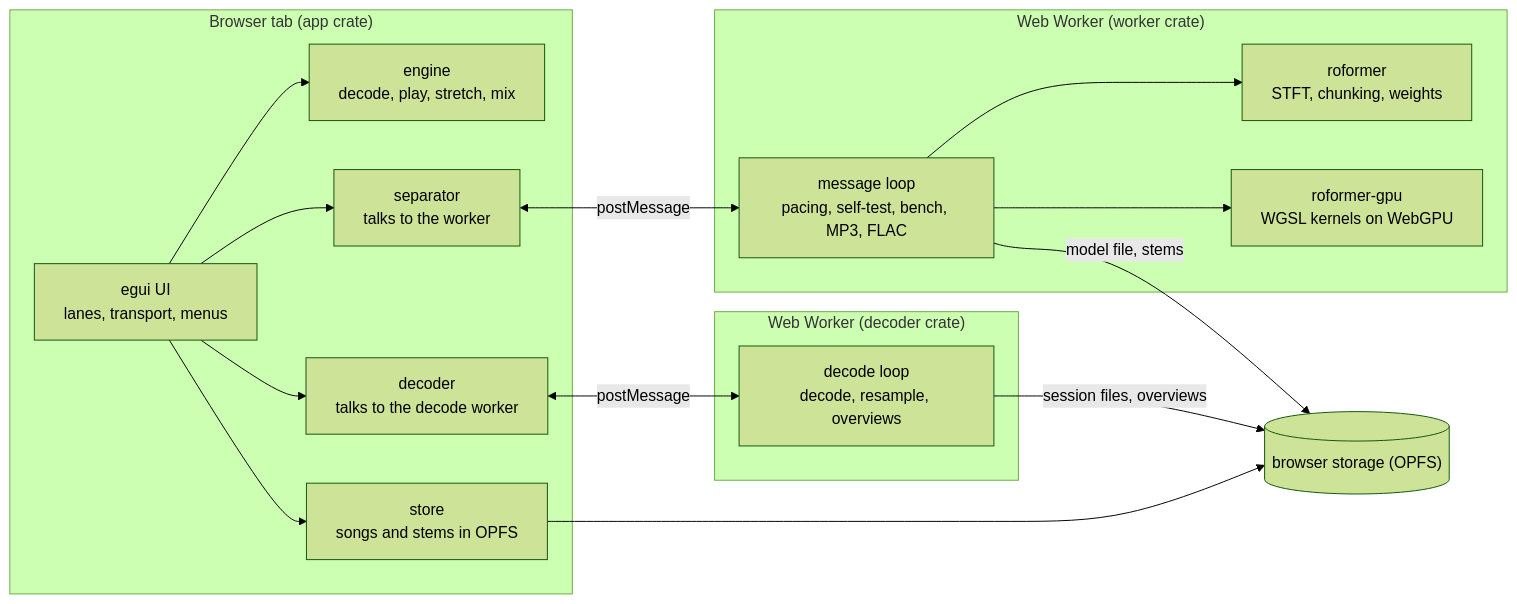
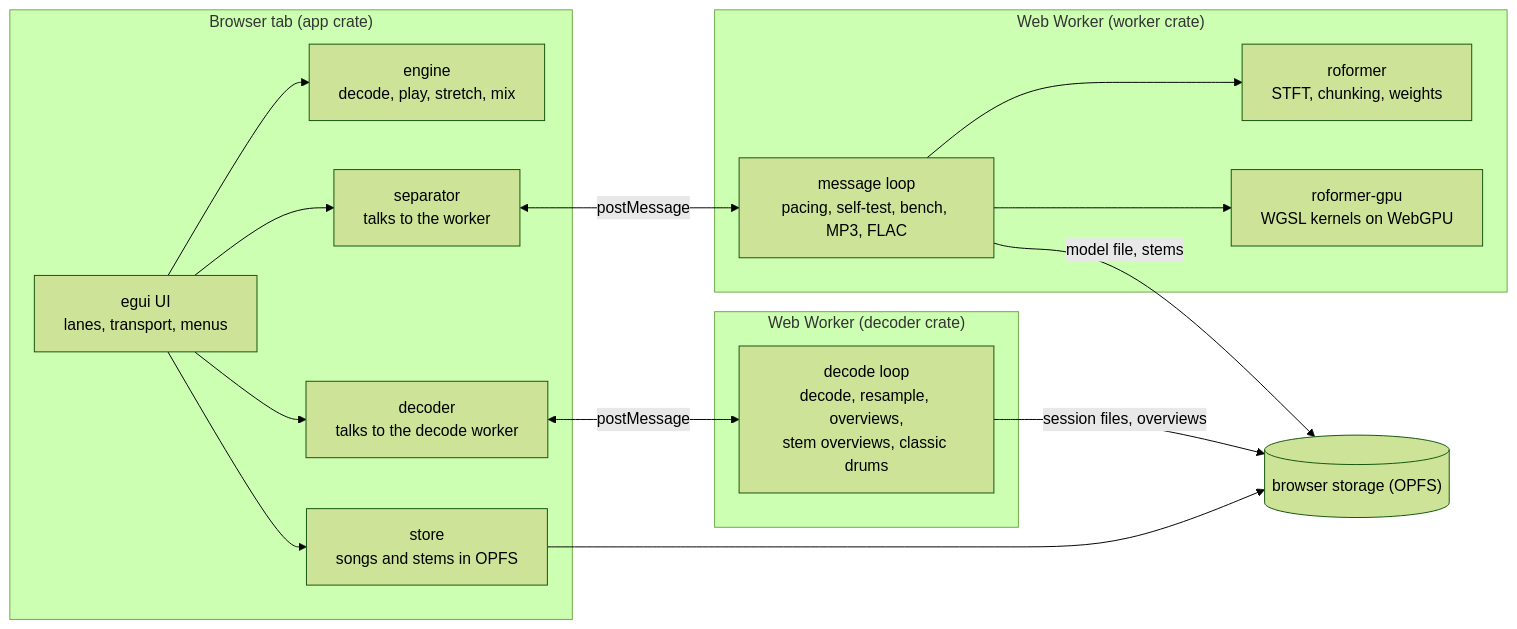
Before and after one commit to lloydmeta/stemyla: the first of 5 diagrams in docs/ARCHITECTURE.md, drawn with Mermaid (forest theme). The commit also changed other lines of this file and 18 other files, not shown here.

````diff
--- a/docs/ARCHITECTURE.md
+++ b/docs/ARCHITECTURE.md
@@ -5,29 +5,29 @@
 ```mermaid
 flowchart LR
   subgraph page["Browser tab (app crate)"]
     UI["egui UI<br/>lanes, transport, menus"]
     ENG["engine<br/>decode, play, stretch, mix"]
     STORE["store<br/>songs and stems in OPFS"]
     SEP["separator<br/>talks to the worker"]
     DEC["decoder<br/>talks to the decode worker"]
   end
   subgraph decoder["Web Worker (decoder crate)"]
-    DW["decode loop<br/>decode, resample, overviews"]
+    DW["decode loop<br/>decode, resample, overviews,<br/>stem overviews, classic drums"]
   end
   subgraph worker["Web Worker (worker crate)"]
     W["message loop<br/>pacing, self-test, bench, MP3, FLAC"]
     RF["roformer<br/>STFT, chunking, weights"]
     GPU["roformer-gpu<br/>WGSL kernels on WebGPU"]
   end
   UI --> ENG
   UI --> STORE
   UI --> SEP
   UI --> DEC
   SEP <-->|postMessage| W
   DEC <-->|postMessage| DW
   DW -->|session files, overviews| OPFS
   W --> RF
   W --> GPU
   W -->|model file, stems| OPFS[("browser storage (OPFS)")]
   STORE --> OPFS
 ```
````
